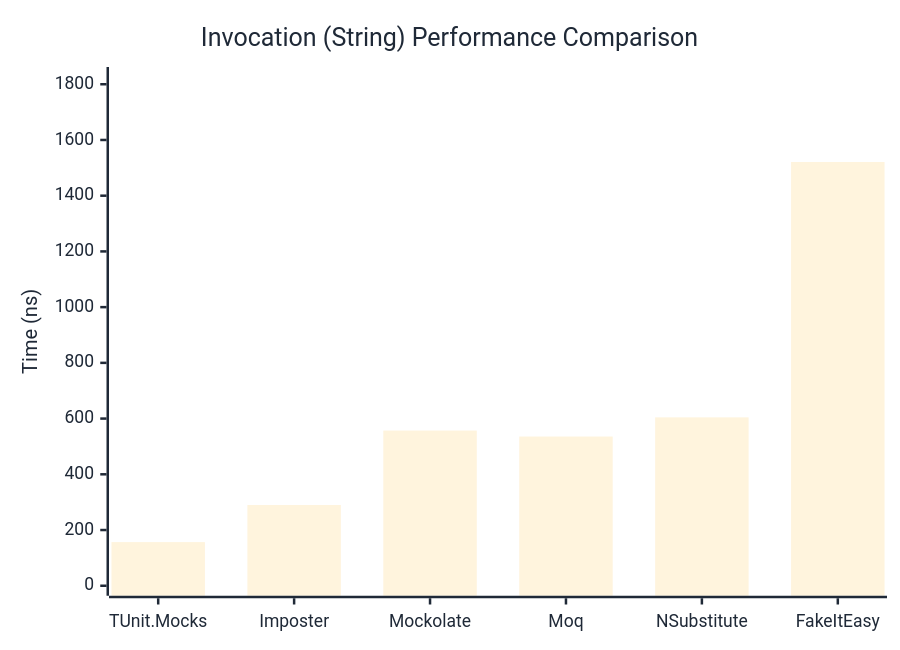
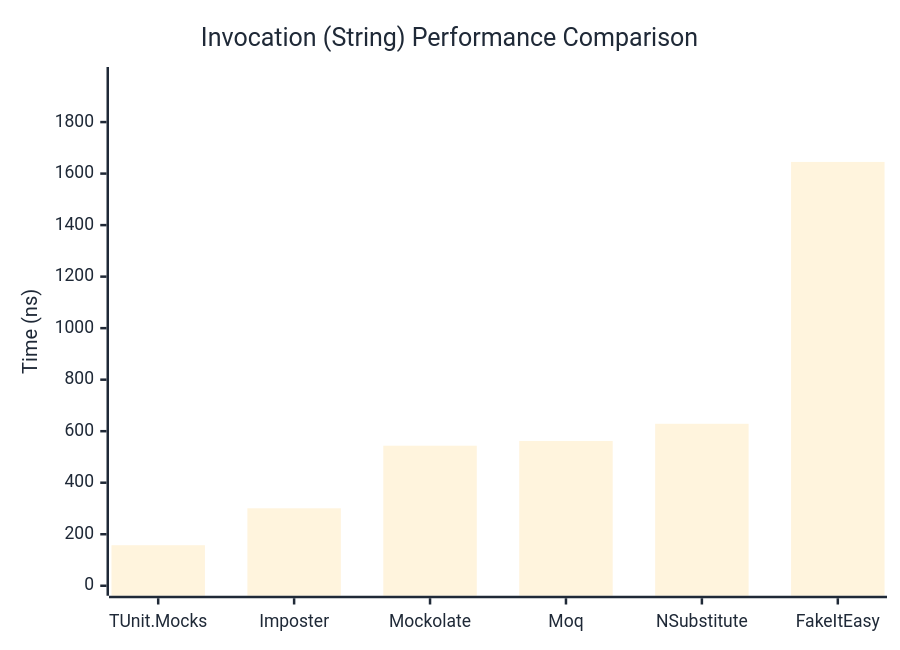
Before and after one commit to thomhurst/TUnit: the second of 3 diagrams in docs/docs/benchmarks/mocks/Invocation.md, drawn with Mermaid. The commit also changed other lines of this file and 14 other files, not shown here.

````diff
--- a/docs/docs/benchmarks/mocks/Invocation.md
+++ b/docs/docs/benchmarks/mocks/Invocation.md
@@ -69,27 +69,27 @@
 ```mermaid
 %%{init: {
   'theme':'base',
   'themeVariables': {
     'primaryColor': '#2563eb',
     'primaryTextColor': '#1f2937',
     'primaryBorderColor': '#1e40af',
     'lineColor': '#6b7280',
     'secondaryColor': '#7c3aed',
     'tertiaryColor': '#dc2626',
     'background': '#ffffff',
     'pie1': '#2563eb',
     'pie2': '#7c3aed',
     'pie3': '#dc2626',
     'pie4': '#f59e0b',
     'pie5': '#10b981',
     'pie6': '#06b6d4',
     'pie7': '#ec4899',
     'pie8': '#6366f1'
   }
 }}%%
 xychart-beta
   title "Invocation (String) Performance Comparison"
   x-axis ["TUnit.Mocks", "Imposter", "Mockolate", "Moq", "NSubstitute", "FakeItEasy"]
-  y-axis "Time (ns)" 0 --> 1826
-  bar [156.6, 289.9, 557, 535.6, 604.4, 1521]
+  y-axis "Time (ns)" 0 --> 1975
+  bar [157.3, 300.7, 543.7, 562.1, 628.7, 1645.3]
 ```
````
